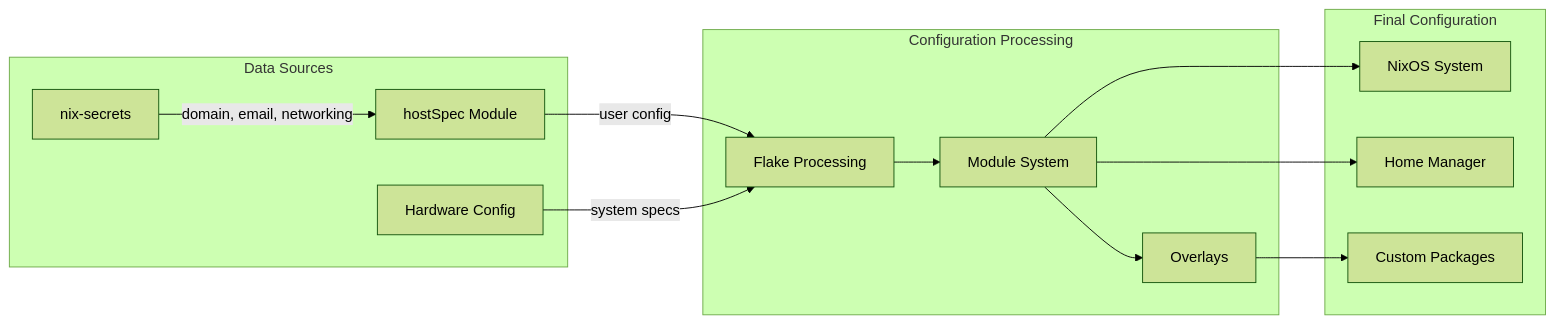
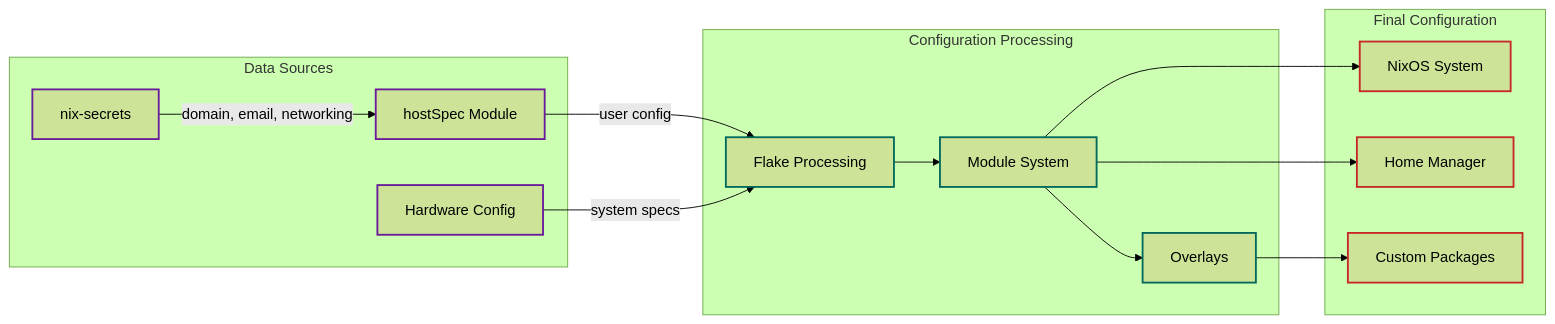
Before and after one commit to ChanningHe/nix-config: the fourth of 6 diagrams in mermaid.md, drawn with Mermaid (forest theme). The commit also changed other lines of this file and 3 other files, not shown here.

````diff
--- a/mermaid.md
+++ b/mermaid.md
@@ -167,31 +183,40 @@
 ```mermaid
 graph LR
     subgraph "Data Sources"
         Secrets[nix-secrets]
         HostSpec[hostSpec Module]
         Hardware[Hardware Config]
     end
     
     subgraph "Configuration Processing"
         Flake[Flake Processing]
         Modules[Module System]
         Overlays[Overlays]
     end
     
     subgraph "Final Configuration"
         NixOS[NixOS System]
         HomeManager[Home Manager]
         Packages[Custom Packages]
     end
     
     Secrets -->|domain, email, networking| HostSpec
     HostSpec -->|user config| Flake
     Hardware -->|system specs| Flake
     
     Flake --> Modules
     Modules --> Overlays
     
     Modules --> NixOS
     Modules --> HomeManager
     Overlays --> Packages
+    
+    classDef dataSource stroke:#6a1b9a,stroke-width:2px
+    classDef processing stroke:#00695c,stroke-width:2px
+    classDef finalConfig stroke:#c62828,stroke-width:2px
+    classDef neutral stroke:#616161,stroke-width:2px
+    
+    class Secrets,HostSpec,Hardware dataSource
+    class Flake,Modules,Overlays processing
+    class NixOS,HomeManager,Packages finalConfig
 ```
````
